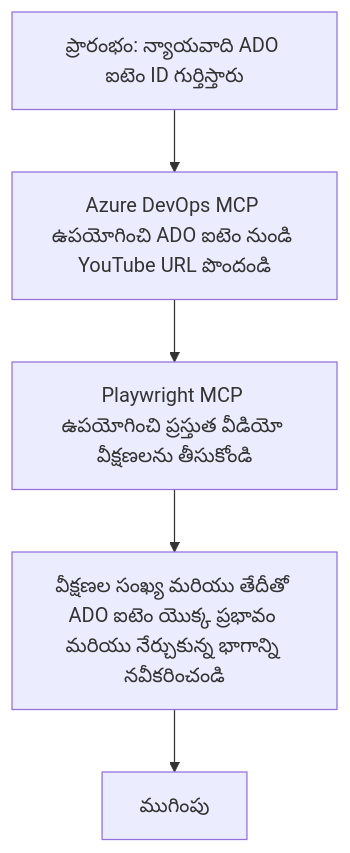
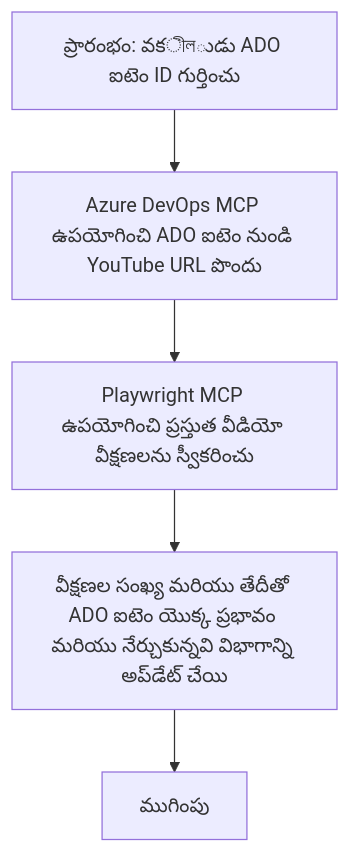
One commit to Mu-L/mcp-for-beginners changed the diagram in translations/te/09-CaseStudy/UpdateADOItemsFromYT.md. Above: the diagram before and after it, drawn with Mermaid. The commit also changed other lines of this file and 110 other files, not shown here.

````diff
--- a/translations/te/09-CaseStudy/UpdateADOItemsFromYT.md
+++ b/translations/te/09-CaseStudy/UpdateADOItemsFromYT.md
@@ -39,7 +39,7 @@
 ```mermaid
 flowchart TD
-    A[ప్రారంభం: న్యాయవాది ADO ఐటెం ID గుర్తిస్తారు] --> B[Azure DevOps MCP ఉపయోగించి ADO ఐటెం నుండి YouTube URL పొందండి]
-    B --> C[Playwright MCP ఉపయోగించి ప్రస్తుత వీడియో వీక్షణలను తీసుకోండి]
-    C --> D[వీక్షణల సంఖ్య మరియు తేదీతో ADO ఐటెం యొక్క ప్రభావం మరియు నేర్చుకున్న భాగాన్ని నవీకరించండి]
+    A[ప్రారంభం: వకীলుడు ADO ఐటెం ID గుర్తించు] --> B[Azure DevOps MCP ఉపయోగించి ADO ఐటెం నుండి YouTube URL పొందు]
+    B --> C[Playwright MCP ఉపయోగించి ప్రస్తుత వీడియో వీక్షణలను స్వీకరించు]
+    C --> D[వీక్షణల సంఖ్య మరియు తేదీతో ADO ఐటెం యొక్క ప్రభావం మరియు నేర్చుకున్నవి విభాగాన్ని అప్‌డేట్ చేయి]
     D --> E[ముగింపు]
 ```
````
